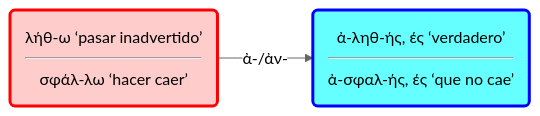
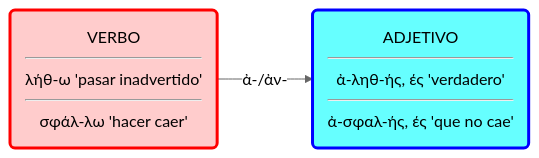
The third of 3 diagrams in docs/Proyecto_Innova_2025_2026/notas/Pref_a_an.md (pajaro1966/Asignaturas), drawn with Mermaid (neutral theme) before and after one commit. The commit also changed other lines of this file and 4 other files, not shown here.

````diff
--- a/docs/Proyecto_Innova_2025_2026/notas/Pref_a_an.md
+++ b/docs/Proyecto_Innova_2025_2026/notas/Pref_a_an.md
@@ -90,34 +92,34 @@
 ```mermaid
 graph LR
 
-A3("λήθ-ω ‘pasar inadvertido’<hr>σφάλ-λω ‘hacer caer’")-->|"ἀ-/ἀν-"|B3("ἀ-ληθ-ής, ές ‘verdadero’<hr>ἀ-σφαλ-ής, ές ‘que no cae’")
+A3("VERBO<hr>λήθ-ω 'pasar inadvertido'<hr>σφάλ-λω 'hacer caer'")-->|" ἀ-/ἀν- "|B3("ADJETIVO<hr>ἀ-ληθ-ής, ές 'verdadero'<hr>ἀ-σφαλ-ής, ές 'que no cae'")
 
 A3:::Verb
 B3:::Adj
 
 classDef Verb stroke:#f00, stroke-width:3px
 classDef Sust stroke:#0f0, stroke-width:3px
 classDef Adj stroke:#00f, stroke-width:3px
 classDef Adv stroke:brown, stroke-width:3px
 classDef Nada stroke:#000000, stroke-width:2px
 classDef Raíz stroke:#000000, stroke-width:3px
 
 classDef Prep stroke:black, stroke-width:3px
 
 classDef Prep stroke:yellow, stroke-width:3px
 classDef SP stroke:yellow, stroke-width:3px
 
 classDef Inf stroke-width:1px, stroke-dasharray: 10, 5
 classDef Verb fill:#ffCCCC
 classDef Sust fill:#CCff99
 classDef Adj fill:#66FFFF
 classDef Adv fill:Bisque
 classDef Nada fill:#ffffff
 classDef Raíz fill:#ffffff
 
 classDef Pref fill:LightGray
 
 classDef Prep fill:LemonChiffon
 classDef SP fill:#CCff99
 
 ```
````
